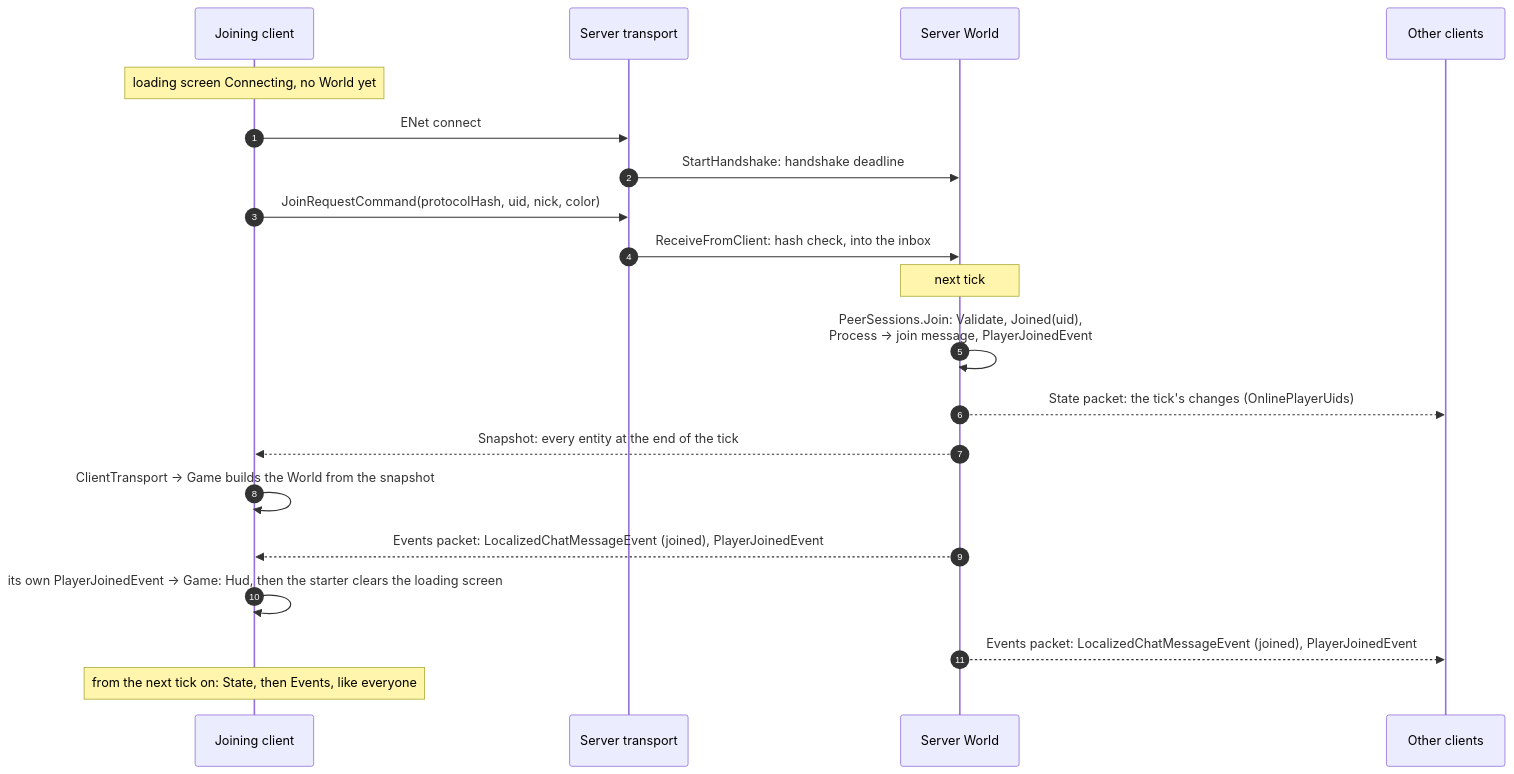
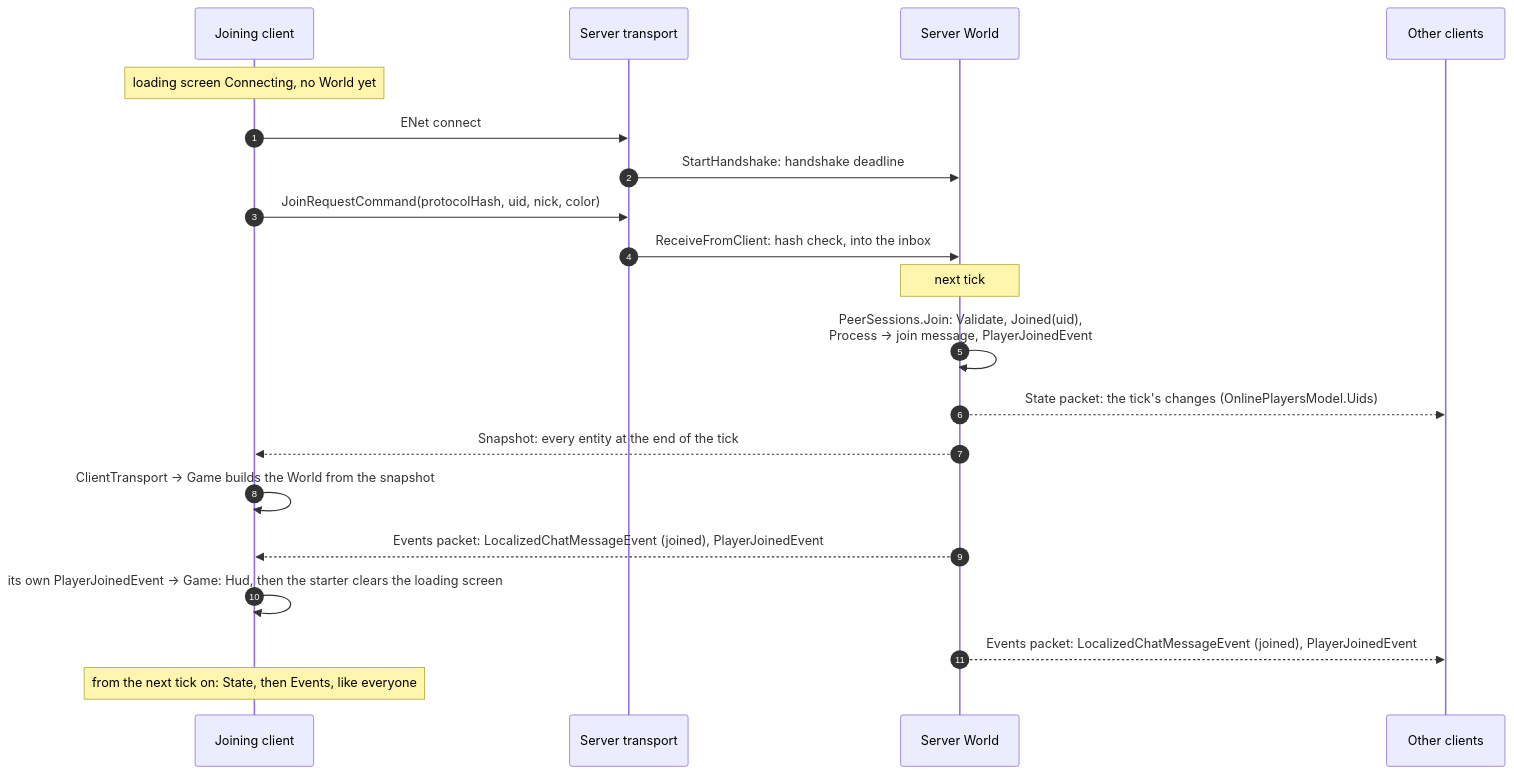
The diagram in Docs/Networking.md (AbroGames/NeonWarfare), drawn with Mermaid before and after one commit. The commit also changed 29 other files, not shown here.

Commit message:
Rename "SessionStorage" to "OnlinePlayersStorage"

````diff
--- a/Docs/Networking.md
+++ b/Docs/Networking.md
@@ -119,23 +119,23 @@
 ```mermaid
 sequenceDiagram
     autonumber
     participant C as Joining client
     participant G as Server transport
     participant W as Server World
     participant O as Other clients
 
     Note over C: loading screen Connecting, no World yet
     C->>G: ENet connect
     G->>W: StartHandshake: handshake deadline
     C->>G: JoinRequestCommand(protocolHash, uid, nick, color)
     G->>W: ReceiveFromClient: hash check, into the inbox
     Note over W: next tick
     W->>W: PeerSessions.Join: Validate, Joined(uid),<br/>Process → join message, PlayerJoinedEvent
-    W-->>O: State packet: the tick's changes (OnlinePlayerUids)
+    W-->>O: State packet: the tick's changes (OnlinePlayersModel.Uids)
     W-->>C: Snapshot: every entity at the end of the tick
     C->>C: ClientTransport → Game builds the World from the snapshot
     W-->>C: Events packet: LocalizedChatMessageEvent (joined), PlayerJoinedEvent
     C->>C: its own PlayerJoinedEvent → Game: Hud, then the starter clears the loading screen
     W-->>O: Events packet: LocalizedChatMessageEvent (joined), PlayerJoinedEvent
     Note over C: from the next tick on: State, then Events, like everyone
 ```
````
